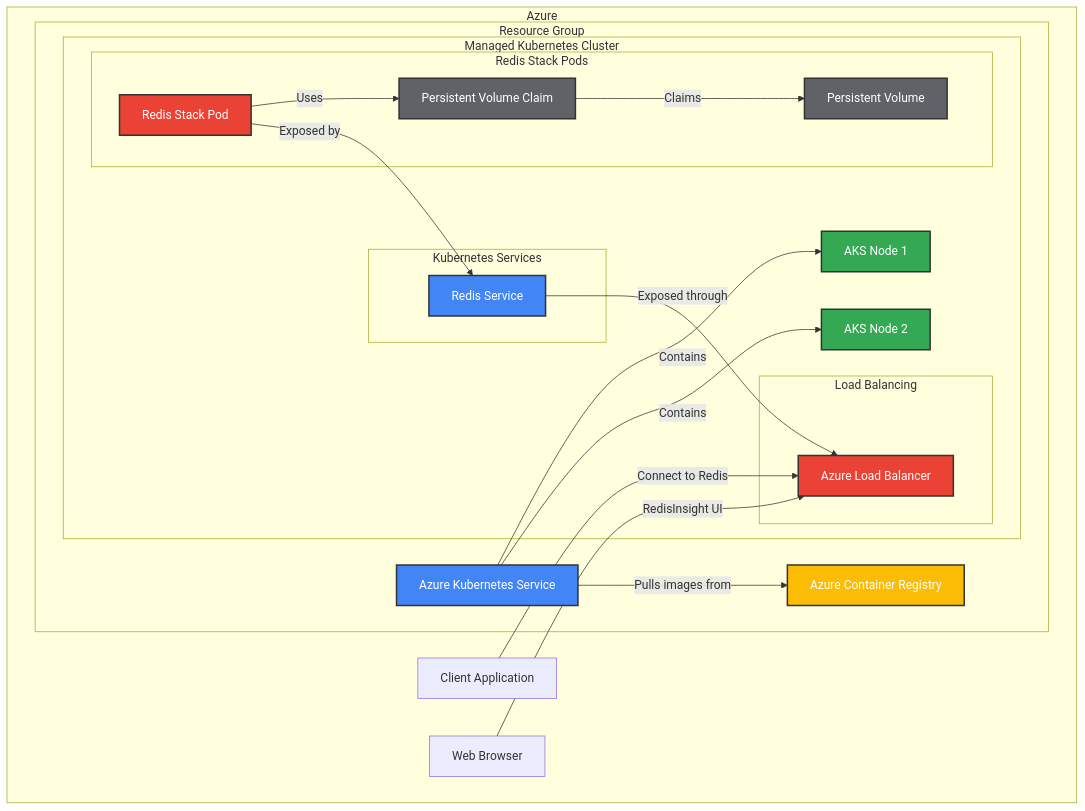
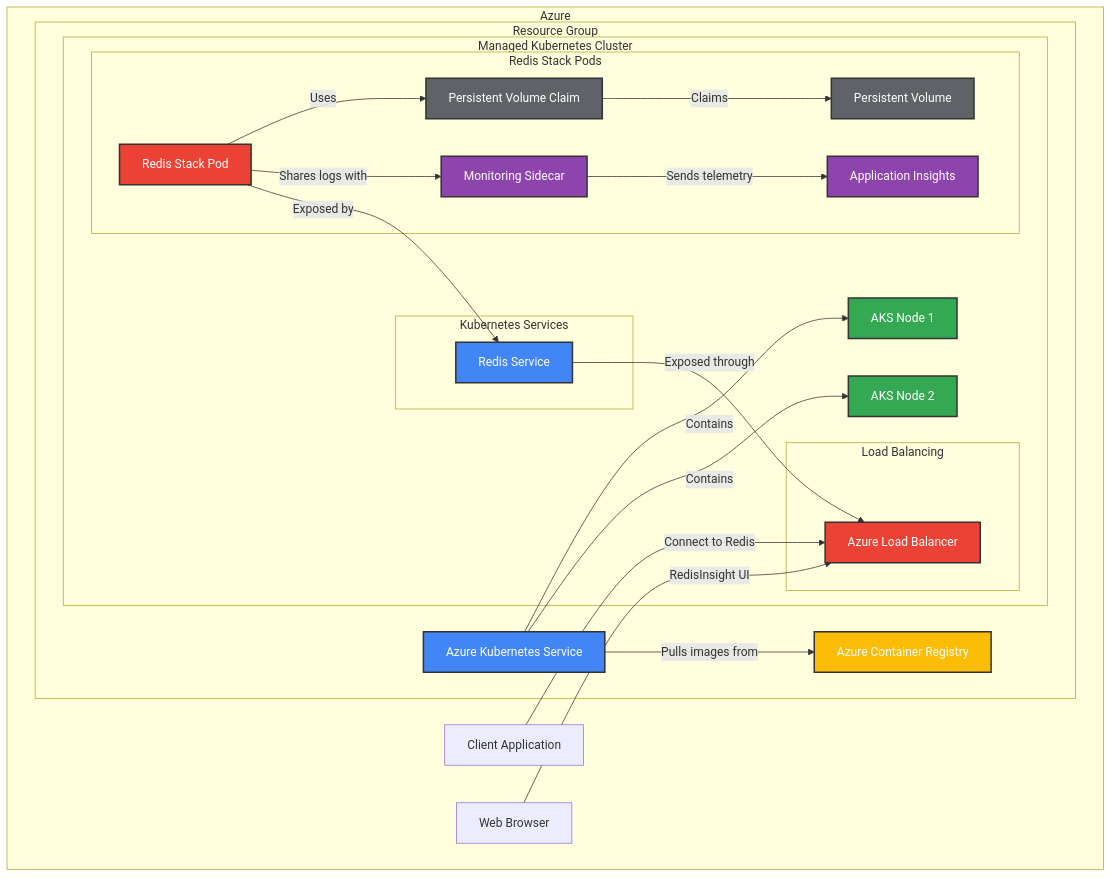
Before and after one commit to cfryerdev/azure-redis-stack-container: the third of 4 diagrams in docs/architecture.md, drawn with Mermaid. The commit also changed other lines of this file and 12 other files, not shown here.

Commit message:
adding insights sidecar

````diff
--- a/docs/architecture.md
+++ b/docs/architecture.md
@@ -114,49 +87,55 @@
 ```mermaid
 graph TD
     subgraph "Azure"
         subgraph "Resource Group"
             AKS[Azure Kubernetes Service]
             ACR[Azure Container Registry]
+            AppInsights[Application Insights]
             
             subgraph "Managed Kubernetes Cluster"
                 Node1[AKS Node 1]
                 Node2[AKS Node 2]
                 
                 subgraph "Redis Stack Pods"
                     Pod[Redis Stack Pod]
+                    Sidecar[Monitoring Sidecar]
                     PV[Persistent Volume]
                     PVC[Persistent Volume Claim]
                     Pod -->|Uses| PVC
                     PVC -->|Claims| PV
+                    Pod -->|Shares logs with| Sidecar
+                    Sidecar -->|Sends telemetry| AppInsights
                 end
                 
                 subgraph "Kubernetes Services"
                     SVC[Redis Service]
                     Pod -->|Exposed by| SVC
                 end
                 
                 subgraph "Load Balancing"
                     LB[Azure Load Balancer]
                     SVC -->|Exposed through| LB
                 end
             end
             
             AKS -->|Contains| Node1
             AKS -->|Contains| Node2
             AKS -->|Pulls images from| ACR
         end
         
         Client[Client Application] -->|Connect to Redis| LB
         Browser[Web Browser] -->|RedisInsight UI| LB
     end
     
     style AKS fill:#4285F4,stroke:#333,stroke-width:2px,color:white
     style ACR fill:#FBBC05,stroke:#333,stroke-width:2px,color:white
     style Node1 fill:#34A853,stroke:#333,stroke-width:2px,color:white
     style Node2 fill:#34A853,stroke:#333,stroke-width:2px,color:white
     style Pod fill:#EA4335,stroke:#333,stroke-width:2px,color:white
+    style Sidecar fill:#8E44AD,stroke:#333,stroke-width:2px,color:white
     style PV fill:#5F6368,stroke:#333,stroke-width:2px,color:white
     style PVC fill:#5F6368,stroke:#333,stroke-width:2px,color:white
     style SVC fill:#4285F4,stroke:#333,stroke-width:2px,color:white
     style LB fill:#EA4335,stroke:#333,stroke-width:2px,color:white
+    style AppInsights fill:#8E44AD,stroke:#333,stroke-width:2px,color:white
 ```
````
